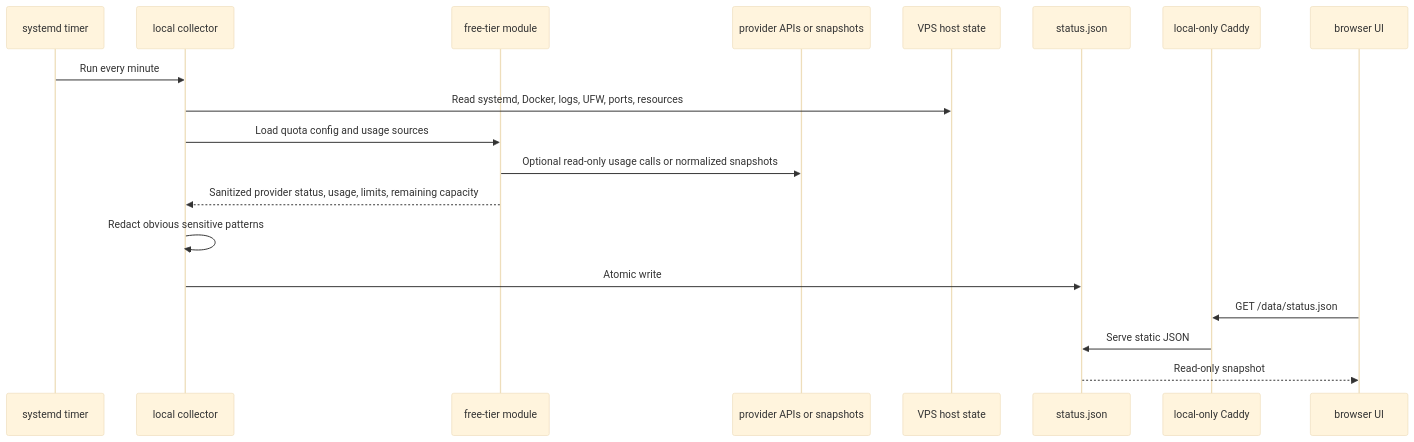
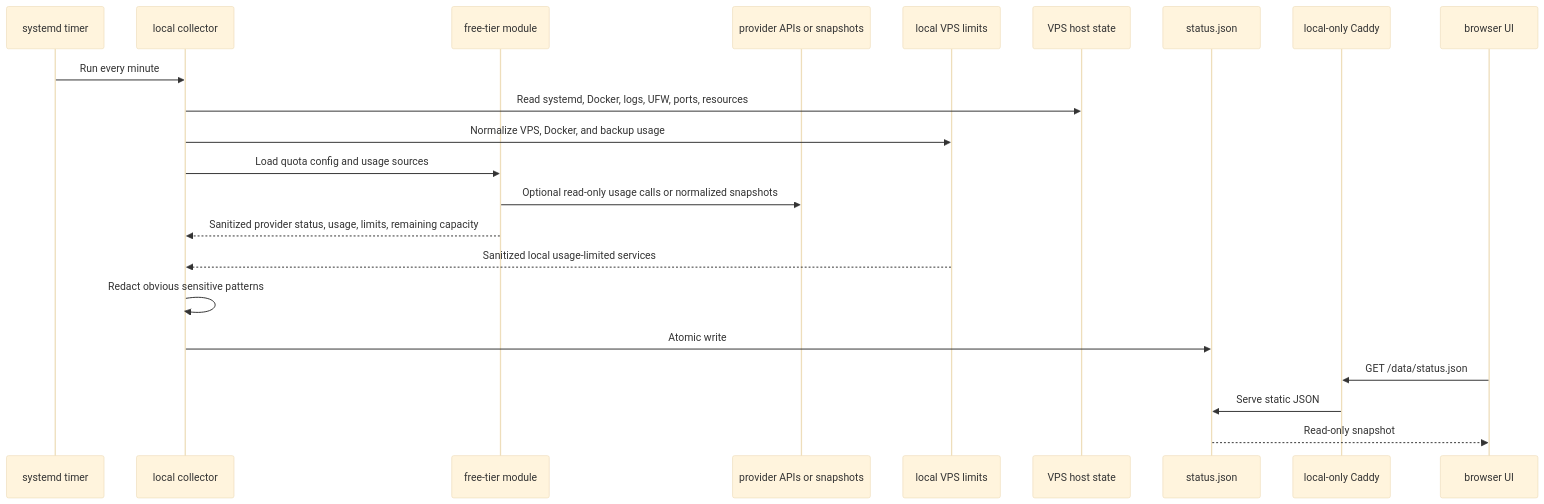
The third of 8 diagrams in NUTSNEWS_OPERATIONS_PORTAL_V1.md (ramideltoro/nutsnews-docs), drawn with Mermaid (base theme) before and after one commit. The commit also changed other lines of this file, not shown here.

Commit message:
Document Ops Portal free-tier usage model

````diff
--- a/NUTSNEWS_OPERATIONS_PORTAL_V1.md
+++ b/NUTSNEWS_OPERATIONS_PORTAL_V1.md
@@ -201,22 +206,25 @@
 ```mermaid
 sequenceDiagram
   participant Timer as systemd timer
   participant Collector as local collector
   participant FreeTier as free-tier module
   participant Providers as provider APIs or snapshots
+  participant Local as local VPS limits
   participant Host as VPS host state
   participant JSON as status.json
   participant Caddy as local-only Caddy
   participant UI as browser UI
 
   Timer->>Collector: Run every minute
   Collector->>Host: Read systemd, Docker, logs, UFW, ports, resources
+  Collector->>Local: Normalize VPS, Docker, and backup usage
   Collector->>FreeTier: Load quota config and usage sources
   FreeTier->>Providers: Optional read-only usage calls or normalized snapshots
   FreeTier-->>Collector: Sanitized provider status, usage, limits, remaining capacity
+  Local-->>Collector: Sanitized local usage-limited services
   Collector->>Collector: Redact obvious sensitive patterns
   Collector->>JSON: Atomic write
   UI->>Caddy: GET /data/status.json
   Caddy->>JSON: Serve static JSON
   JSON-->>UI: Read-only snapshot
 ```
````
